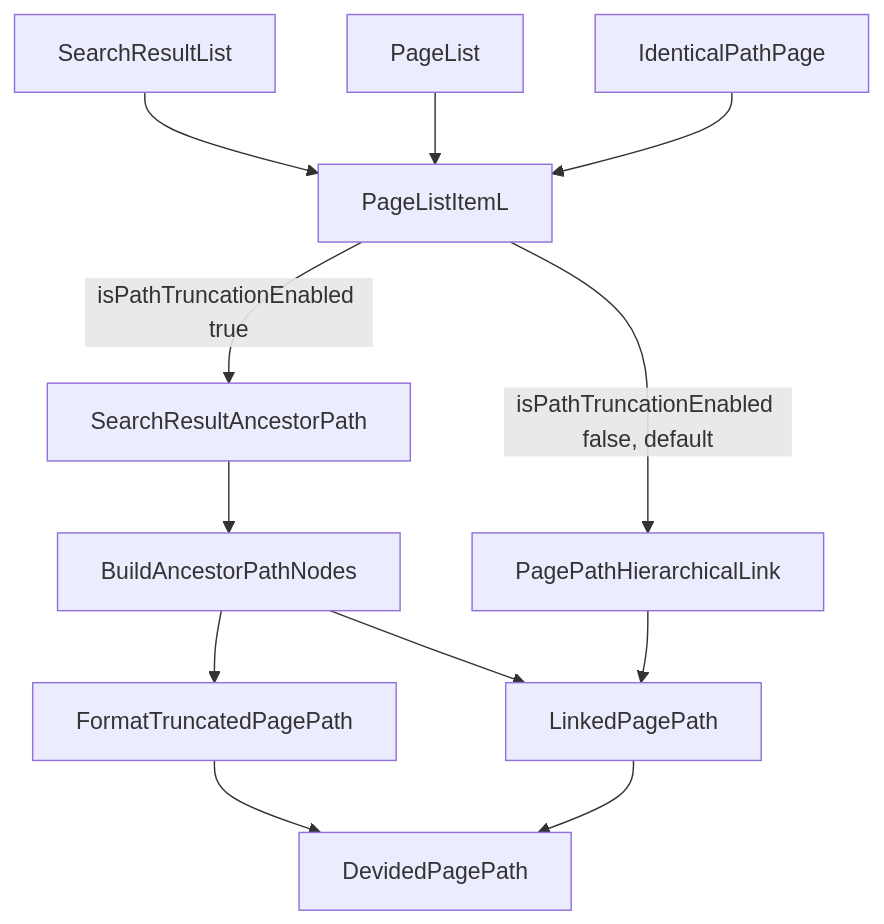
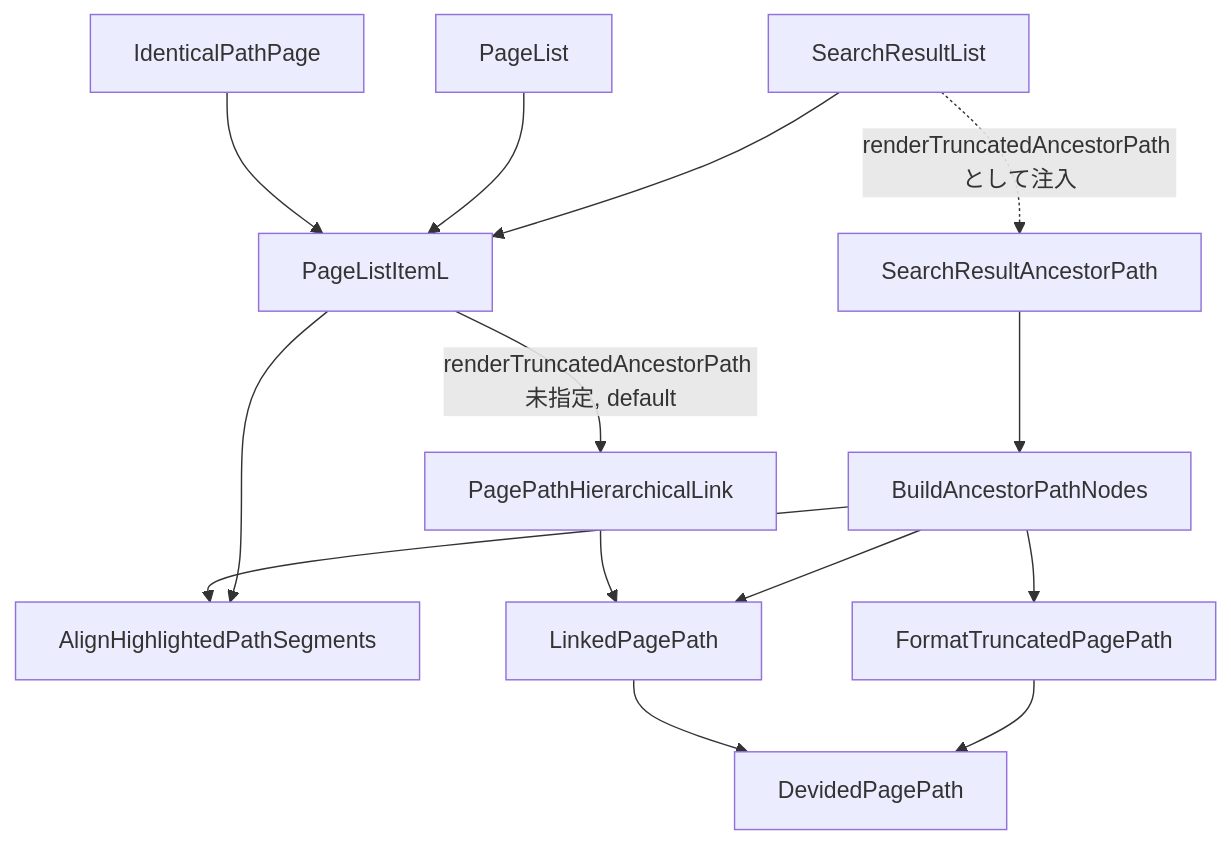
Before and after one commit to growilabs/growi: the first of 2 diagrams in .kiro/specs/page-path-truncation/design.md, drawn with Mermaid. The commit also changed other lines of this file and 2 other files, not shown here.

Commit message:
docs(page-path-truncation): reflect PR review fixes in the spec

````diff
--- a/.kiro/specs/page-path-truncation/design.md
+++ b/.kiro/specs/page-path-truncation/design.md
@@ -64,17 +65,19 @@
 ```mermaid
 graph TB
     SearchResultList --> PageListItemL
     PageList --> PageListItemL
     IdenticalPathPage --> PageListItemL
 
-    PageListItemL -->|isPathTruncationEnabled false, default| PagePathHierarchicalLink
-    PageListItemL -->|isPathTruncationEnabled true| SearchResultAncestorPath
+    PageListItemL -->|renderTruncatedAncestorPath 未指定, default| PagePathHierarchicalLink
+    SearchResultList -.->|renderTruncatedAncestorPath として注入| SearchResultAncestorPath
+    PageListItemL --> AlignHighlightedPathSegments
 
     SearchResultAncestorPath --> BuildAncestorPathNodes
     BuildAncestorPathNodes --> FormatTruncatedPagePath
     BuildAncestorPathNodes --> LinkedPagePath
+    BuildAncestorPathNodes --> AlignHighlightedPathSegments
     PagePathHierarchicalLink --> LinkedPagePath
 
     FormatTruncatedPagePath --> DevidedPagePath
     LinkedPagePath --> DevidedPagePath
 ```
````
